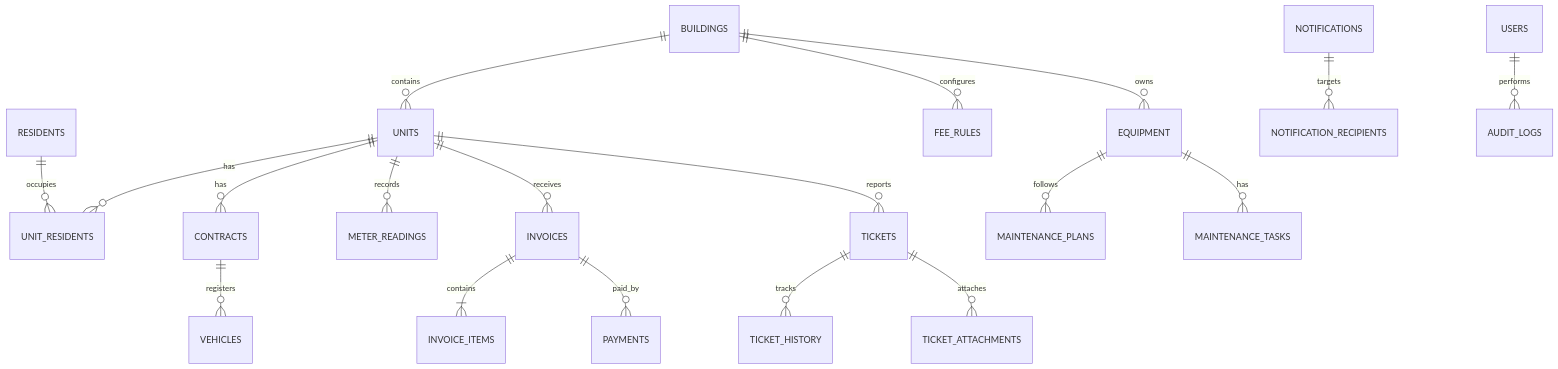
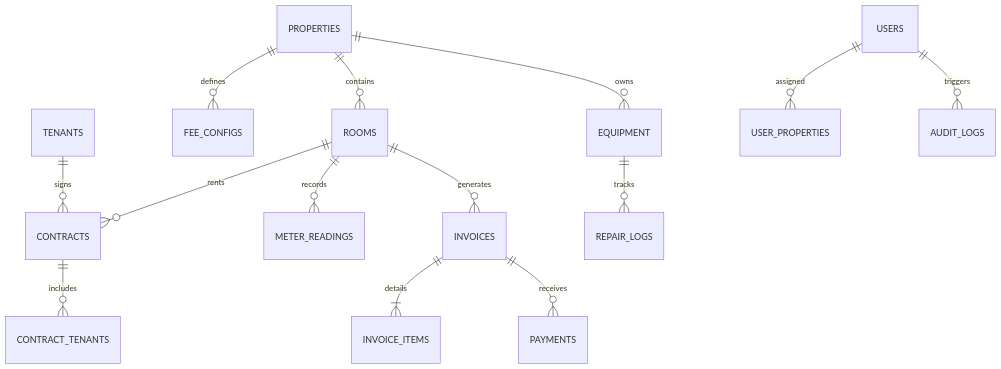
The fifth of 5 diagrams in docs/02_SRS_He_thong_quan_ly_toa_nha.md (HuyyHoang2kk4/building-management-system), drawn with Mermaid before and after one commit. The commit also changed other lines of this file and 21 other files, not shown here.

````diff
--- a/docs/02_SRS_He_thong_quan_ly_toa_nha.md
+++ b/docs/02_SRS_He_thong_quan_ly_toa_nha.md
@@ -597,21 +441,21 @@
 ```mermaid
 erDiagram
-    BUILDINGS ||--o{ UNITS : contains
-    BUILDINGS ||--o{ EQUIPMENT : owns
-    BUILDINGS ||--o{ FEE_RULES : configures
-    UNITS ||--o{ UNIT_RESIDENTS : has
-    RESIDENTS ||--o{ UNIT_RESIDENTS : occupies
-    UNITS ||--o{ CONTRACTS : has
-    CONTRACTS ||--o{ VEHICLES : registers
-    UNITS ||--o{ METER_READINGS : records
-    UNITS ||--o{ INVOICES : receives
-    INVOICES ||--|{ INVOICE_ITEMS : contains
-    INVOICES ||--o{ PAYMENTS : paid_by
-    UNITS ||--o{ TICKETS : reports
-    TICKETS ||--o{ TICKET_HISTORY : tracks
-    TICKETS ||--o{ TICKET_ATTACHMENTS : attaches
-    EQUIPMENT ||--o{ MAINTENANCE_PLANS : follows
-    EQUIPMENT ||--o{ MAINTENANCE_TASKS : has
-    NOTIFICATIONS ||--o{ NOTIFICATION_RECIPIENTS : targets
-    USERS ||--o{ AUDIT_LOGS : performs
+    PROPERTIES ||--o{ ROOMS : contains
+    PROPERTIES ||--o{ FEE_CONFIGS : defines
+    PROPERTIES ||--o{ EQUIPMENT : owns
+    
+    ROOMS ||--o{ CONTRACTS : rents
+    ROOMS ||--o{ METER_READINGS : records
+    ROOMS ||--o{ INVOICES : generates
+    
+    TENANTS ||--o{ CONTRACTS : signs
+    CONTRACTS ||--o{ CONTRACT_TENANTS : includes
+    
+    INVOICES ||--|{ INVOICE_ITEMS : details
+    INVOICES ||--o{ PAYMENTS : receives
+    
+    EQUIPMENT ||--o{ REPAIR_LOGS : tracks
+    
+    USERS ||--o{ USER_PROPERTIES : assigned
+    USERS ||--o{ AUDIT_LOGS : triggers
 ```
````
